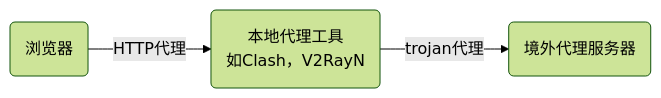
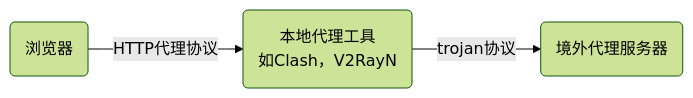
Before and after one commit to chensk1999/note: the diagram in pen/internet.md, drawn with Mermaid (forest theme). The commit also changed other lines of this file and 16 other files, not shown here.

````diff
--- a/pen/internet.md
+++ b/pen/internet.md
@@ -441,5 +470,5 @@
 ```mermaid
 graph LR
-    a(浏览器) -->|HTTP代理| b(本地代理工具<br>如Clash，V2RayN)
-    b -->|trojan代理| c(境外代理服务器)
+    a(浏览器) -->|HTTP代理协议| b(本地代理工具<br>如Clash，V2RayN)
+    b -->|trojan协议| c(境外代理服务器)
 ```
````
